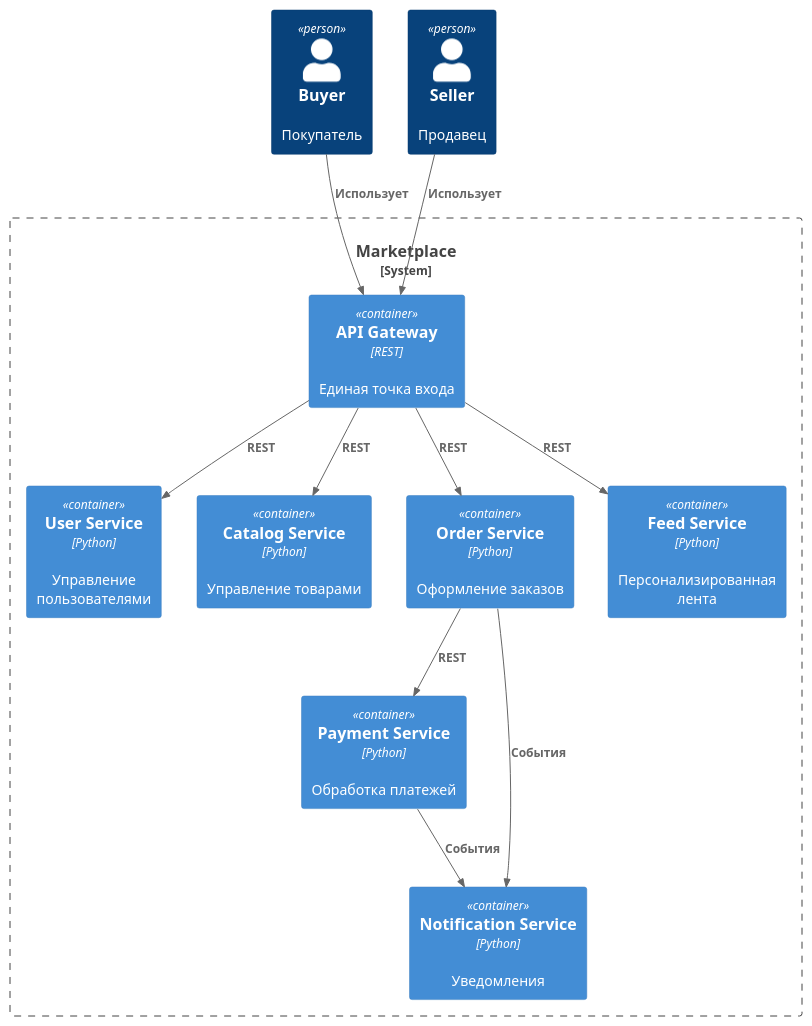
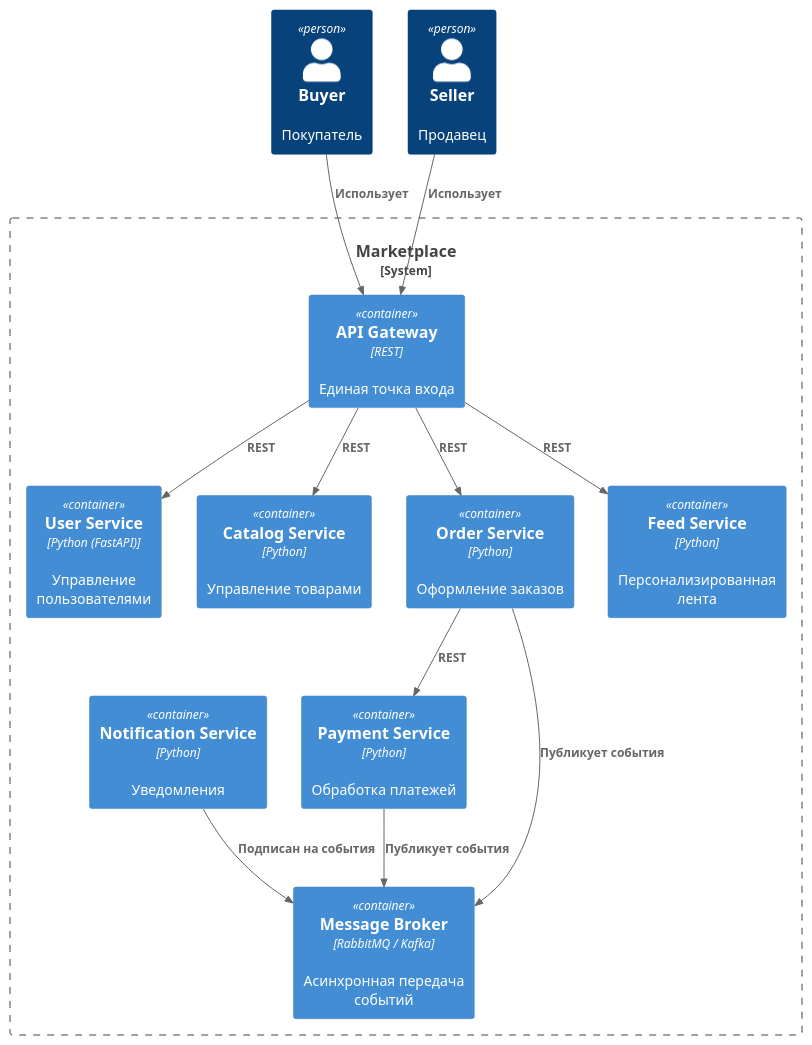
The diagram in diagrams/container.puml (ShiSuYa/marketplace), drawn with PlantUML before and after one commit.

```diff
--- a/diagrams/container.puml
+++ b/diagrams/container.puml
@@ -1,32 +1,36 @@
 @startuml
 !include https://raw.githubusercontent.com/plantuml-stdlib/C4-PlantUML/master/C4_Container.puml
 
 Person(buyer, "Buyer", "Покупатель")
 Person(seller, "Seller", "Продавец")
 
 System_Boundary(marketplace, "Marketplace") {
 
     Container(api, "API Gateway", "REST", "Единая точка входа")
 
-    Container(user, "User Service", "Python", "Управление пользователями")
+    Container(user, "User Service", "Python (FastAPI)", "Управление пользователями")
     Container(catalog, "Catalog Service", "Python", "Управление товарами")
     Container(order, "Order Service", "Python", "Оформление заказов")
     Container(payment, "Payment Service", "Python", "Обработка платежей")
     Container(notification, "Notification Service", "Python", "Уведомления")
     Container(feed, "Feed Service", "Python", "Персонализированная лента")
+
+    Container(message_broker, "Message Broker", "RabbitMQ / Kafka", "Асинхронная передача событий")
 }
 
 Rel(buyer, api, "Использует")
 Rel(seller, api, "Использует")
 
 Rel(api, user, "REST")
 Rel(api, catalog, "REST")
 Rel(api, order, "REST")
 Rel(api, feed, "REST")
 
 Rel(order, payment, "REST")
 
-Rel(order, notification, "События")
-Rel(payment, notification, "События")
+Rel(order, message_broker, "Публикует события")
+Rel(payment, message_broker, "Публикует события")
+
+Rel(notification, message_broker, "Подписан на события")
 
 @enduml
```
